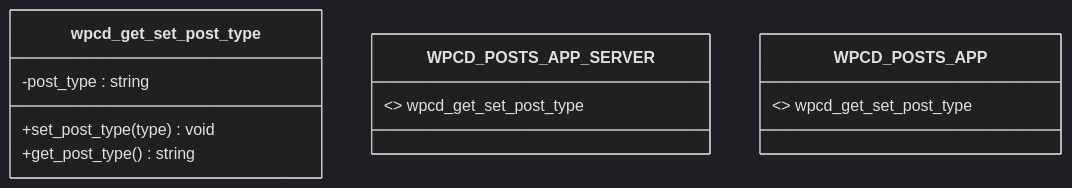
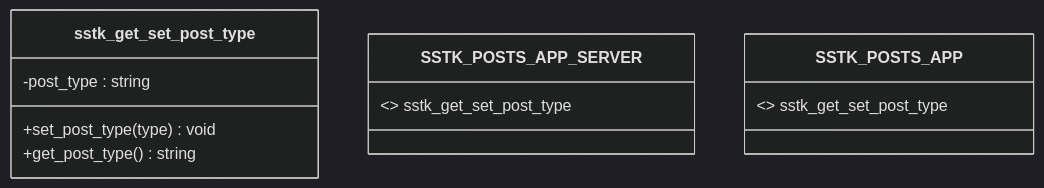
Before and after one commit to onedogsolutions/simple-stack: the sixth of 10 diagrams in .qoder/repowiki/en/content/Core Components/Core Components.md, drawn with Mermaid (dark theme). The commit also changed other lines of this file and 5941 other files, not shown here.

````diff
--- a/.qoder/repowiki/en/content/Core Components/Core Components.md
+++ b/.qoder/repowiki/en/content/Core Components/Core Components.md
@@ -210,14 +210,14 @@
 ```mermaid
 classDiagram
-class wpcd_get_set_post_type {
+class sstk_get_set_post_type {
 -post_type : string
 +set_post_type(type) void
 +get_post_type() string
 }
-class WPCD_POSTS_APP_SERVER {
-<<uses>> wpcd_get_set_post_type
+class SSTK_POSTS_APP_SERVER {
+<<uses>> sstk_get_set_post_type
 }
-class WPCD_POSTS_APP {
-<<uses>> wpcd_get_set_post_type
+class SSTK_POSTS_APP {
+<<uses>> sstk_get_set_post_type
 }
 ```
````
